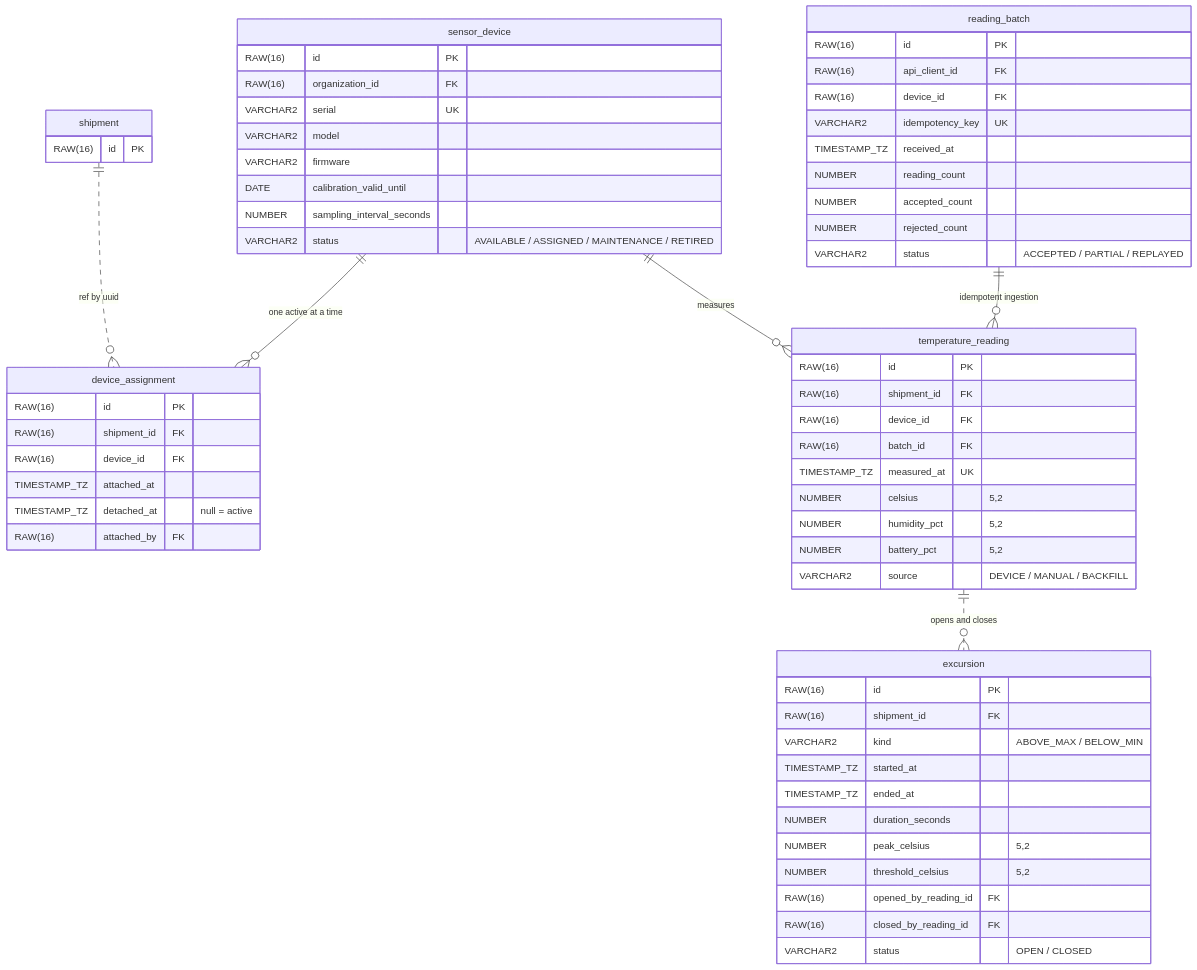
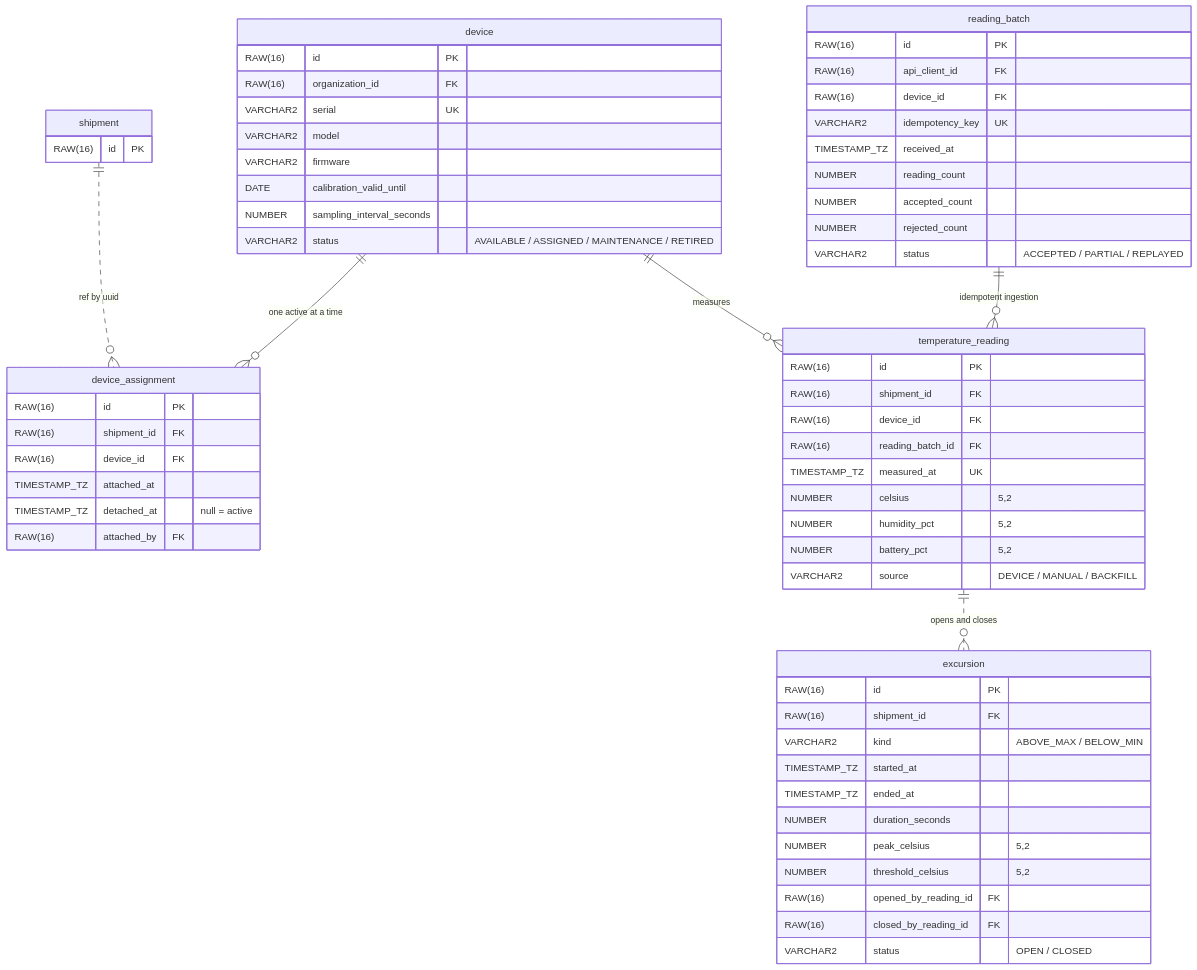
One commit to jorge-lherrera/coldchain-api changed the sixth of 7 diagrams in docs/specification.md. Above: the diagram before and after it, drawn with Mermaid. The commit also changed other lines of this file and 4 other files, not shown here.

````diff
--- a/docs/specification.md
+++ b/docs/specification.md
@@ -377,64 +377,64 @@
 ```mermaid
 erDiagram
   shipment {
     RAW(16) id PK
   }
-  sensor_device {
+  device {
     RAW(16) id PK
     RAW(16) organization_id FK
     VARCHAR2 serial UK
     VARCHAR2 model
     VARCHAR2 firmware
     DATE calibration_valid_until
     NUMBER sampling_interval_seconds
     VARCHAR2 status "AVAILABLE / ASSIGNED / MAINTENANCE / RETIRED"
   }
   device_assignment {
     RAW(16) id PK
     RAW(16) shipment_id FK
     RAW(16) device_id FK
     TIMESTAMP_TZ attached_at
     TIMESTAMP_TZ detached_at "null = active"
     RAW(16) attached_by FK
   }
   reading_batch {
     RAW(16) id PK
     RAW(16) api_client_id FK
     RAW(16) device_id FK
     VARCHAR2 idempotency_key UK
     TIMESTAMP_TZ received_at
     NUMBER reading_count
     NUMBER accepted_count
     NUMBER rejected_count
     VARCHAR2 status "ACCEPTED / PARTIAL / REPLAYED"
   }
   temperature_reading {
     RAW(16) id PK
     RAW(16) shipment_id FK
     RAW(16) device_id FK
-    RAW(16) batch_id FK
+    RAW(16) reading_batch_id FK
     TIMESTAMP_TZ measured_at UK
     NUMBER celsius "5,2"
     NUMBER humidity_pct "5,2"
     NUMBER battery_pct "5,2"
     VARCHAR2 source "DEVICE / MANUAL / BACKFILL"
   }
   excursion {
     RAW(16) id PK
     RAW(16) shipment_id FK
     VARCHAR2 kind "ABOVE_MAX / BELOW_MIN"
     TIMESTAMP_TZ started_at
     TIMESTAMP_TZ ended_at
     NUMBER duration_seconds
     NUMBER peak_celsius "5,2"
     NUMBER threshold_celsius "5,2"
     RAW(16) opened_by_reading_id FK
     RAW(16) closed_by_reading_id FK
     VARCHAR2 status "OPEN / CLOSED"
   }
   shipment ||..o{ device_assignment : "ref by uuid"
-  sensor_device ||--o{ device_assignment : "one active at a time"
-  sensor_device ||--o{ temperature_reading : "measures"
+  device ||--o{ device_assignment : "one active at a time"
+  device ||--o{ temperature_reading : "measures"
   reading_batch ||--o{ temperature_reading : "idempotent ingestion"
   temperature_reading ||..o{ excursion : "opens and closes"
 ```
````
